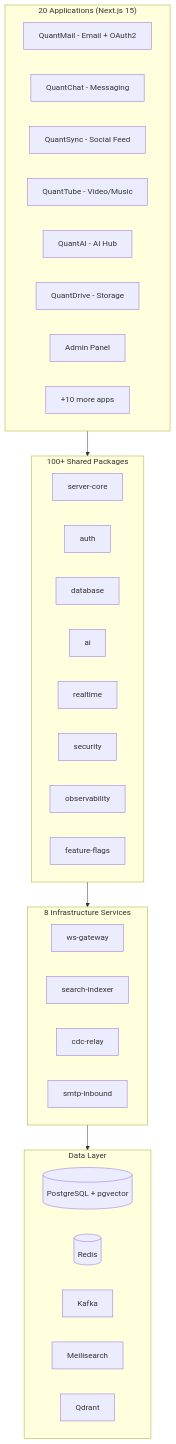
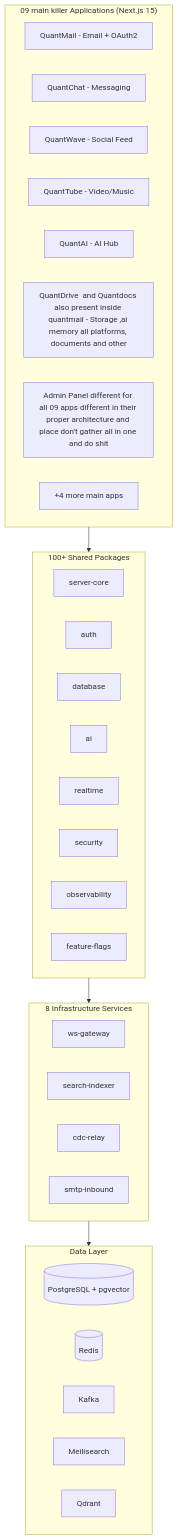
The diagram in README.md (quantrinitylab/Quant-Ecosystem), drawn with Mermaid before and after one commit. The commit also changed other lines of this file, not shown here.

First line of the commit message:
Revise application descriptions and architecture details

````diff
--- a/README.md
+++ b/README.md
@@ -41,46 +43,46 @@
 ```mermaid
 graph TD
-    subgraph Apps["20 Applications (Next.js 15)"]
+    subgraph Apps["09 main killer Applications (Next.js 15)"]
         direction LR
         QM[QuantMail - Email + OAuth2]
         QC[QuantChat - Messaging]
-        QS[QuantSync - Social Feed]
+        QS[QuantWave - Social Feed]
         QT[QuantTube - Video/Music]
         QA[QuantAI - AI Hub]
-        QD[QuantDrive - Storage]
-        Admin[Admin Panel]
-        More[+10 more apps]
+        QD[QuantDrive  and Quantdocs also present inside quantmail - Storage ,ai memory all platforms, documents and other ]
+        Admin[Admin Panel different for all 09 apps different in their proper architecture and place don't gather all in one and do shit]
+        More[+4 more main apps]
     end
 
     subgraph Packages["100+ Shared Packages"]
         direction LR
         SC[server-core]
         Auth[auth]
         DB[database]
         AI[ai]
         RT[realtime]
         Sec[security]
         Obs[observability]
         FF[feature-flags]
     end
 
     subgraph Services["8 Infrastructure Services"]
         direction LR
         WS[ws-gateway]
         SI[search-indexer]
         CDC[cdc-relay]
         SMTP[smtp-inbound]
     end
 
     subgraph Data["Data Layer"]
         PG[(PostgreSQL + pgvector)]
         Redis[(Redis)]
         Kafka[Kafka]
         Meili[Meilisearch]
         Qdrant[Qdrant]
     end
 
     Apps --> Packages
     Packages --> Services
     Services --> Data
 ```
````
